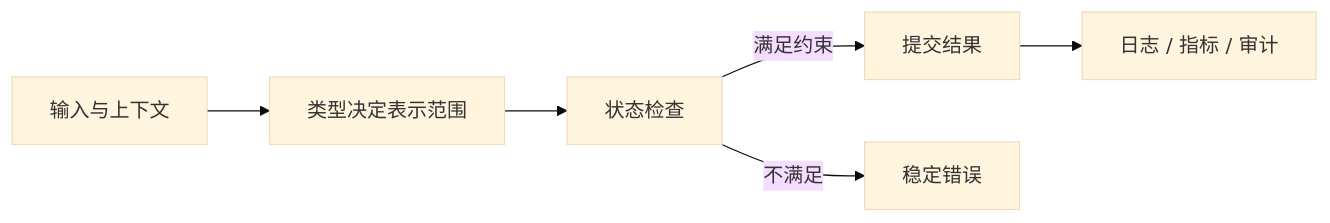
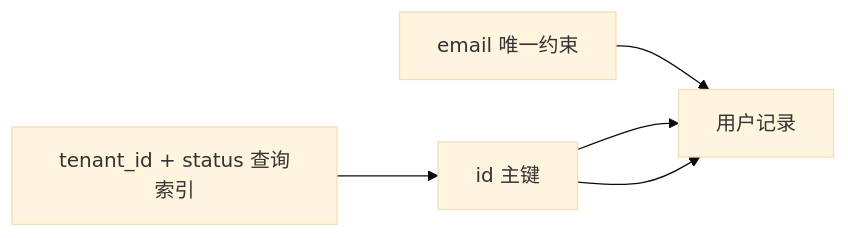
One commit to upJiang/jiang-blog-vitepress changed the diagram in docs/backend/mysql-types-constraints-keys.md. Above: the diagram before and after it, drawn with Mermaid (base theme). The commit also changed other lines of this file and 341 other files, not shown here.

````diff
--- a/docs/backend/mysql-types-constraints-keys.md
+++ b/docs/backend/mysql-types-constraints-keys.md
@@ -34,8 +75,7 @@
 ```mermaid
 flowchart LR
-  A[输入与上下文] --> B[类型决定表示范围]
-  B --> C[状态检查]
-  C -->|满足约束| D[提交结果]
-  C -->|不满足| E[稳定错误]
-  D --> F[日志 / 指标 / 审计]
+  EMAIL[email 唯一约束] --> ROW[用户记录]
+  ID[id 主键] --> ROW
+  STATUS[tenant_id + status 查询索引] --> ID
+  ID --> ROW
 ```
````
